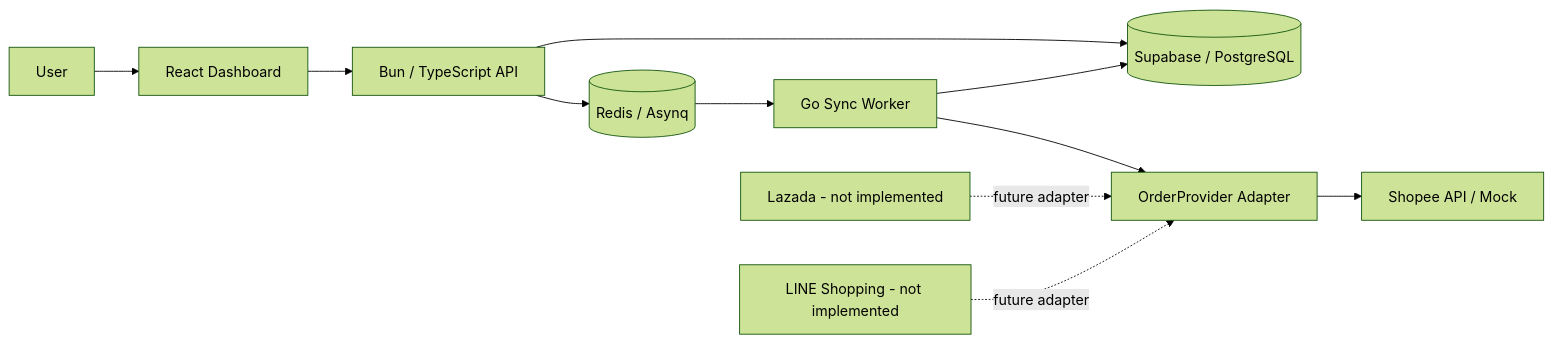
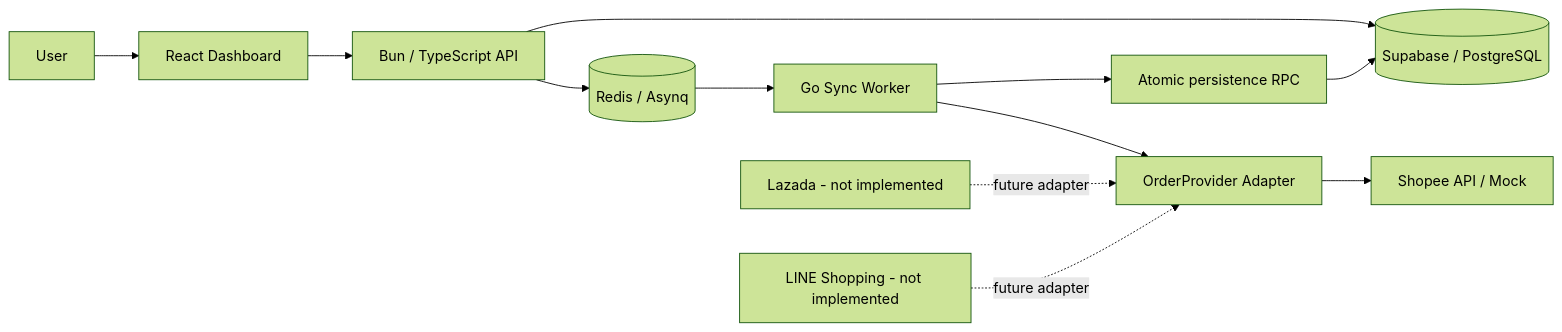
Before and after one commit to siripat01/multi-channel-order: the diagram in README.md, drawn with Mermaid (forest theme). The commit also changed other lines of this file and 6 other files, not shown here.

Commit message:
feat(sync): make order persistence atomic

````diff
--- a/README.md
+++ b/README.md
@@ -26,14 +27,15 @@
 ```mermaid
 flowchart LR
     USER[User] --> WEB[React Dashboard]
     WEB --> API[Bun / TypeScript API]
     API --> DB[(Supabase / PostgreSQL)]
     API --> QUEUE[(Redis / Asynq)]
     QUEUE --> WORKER[Go Sync Worker]
     WORKER --> ADAPTER[OrderProvider Adapter]
     ADAPTER --> SHOPEE[Shopee API / Mock]
-    WORKER --> DB
+    WORKER --> RPC[Atomic persistence RPC]
+    RPC --> DB
 
     LAZADA[Lazada - not implemented] -. future adapter .-> ADAPTER
     LINE[LINE Shopping - not implemented] -. future adapter .-> ADAPTER
 ```
````
